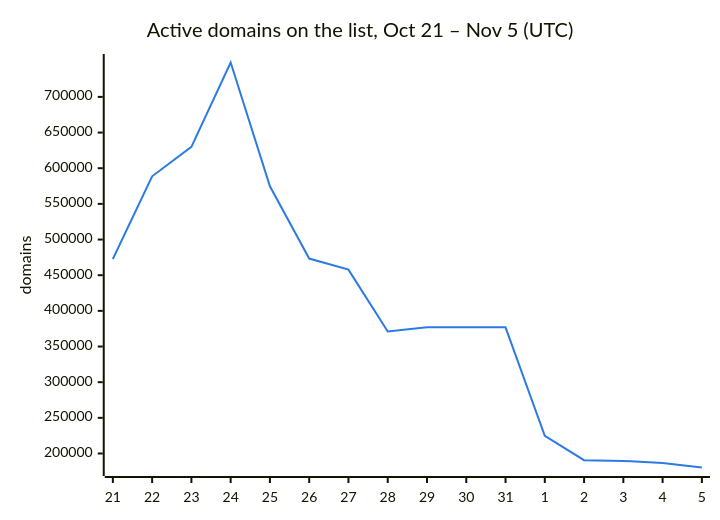
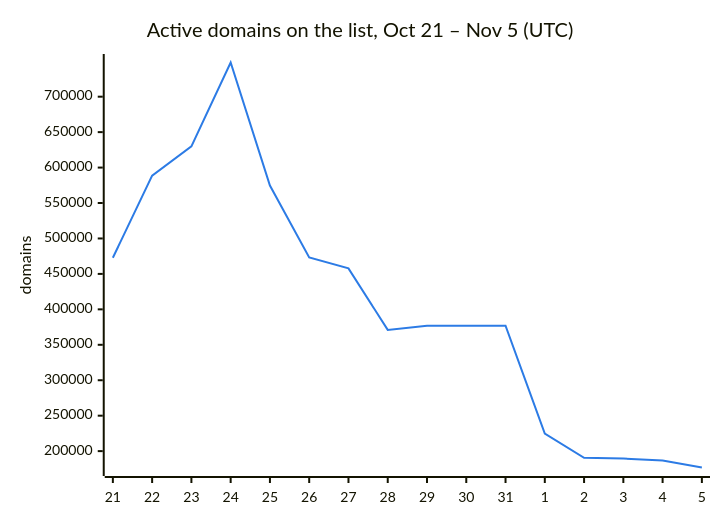
Before and after one commit to DNSBunker/CTI: the second of 3 diagrams in README.md, drawn with Mermaid. The commit also changed other lines of this file and 3 other files, not shown here.

````diff
--- a/README.md
+++ b/README.md
@@ -38,8 +38,8 @@
 ```mermaid
 %%{init: {"themeVariables": {"xyChart": {"plotColorPalette": "#2c7be5"}}}}%%
 xychart-beta
     title "Active domains on the list, Oct 21 – Nov 5 (UTC)"
     x-axis ["21", "22", "23", "24", "25", "26", "27", "28", "29", "30", "31", "1", "2", "3", "4", "5"]
     y-axis "domains"
-    line [472713, 588659, 629951, 748222, 574614, 473331, 457795, 371010, 376945, 376945, 376945, 224607, 190603, 189609, 186630, 180375]
+    line [472713, 588659, 629951, 748222, 574614, 473331, 457795, 371010, 376945, 376945, 376945, 224607, 190603, 189609, 186630, 176900]
 ```
````
